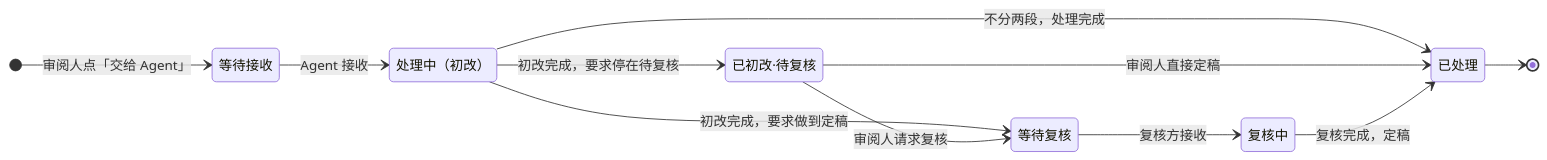
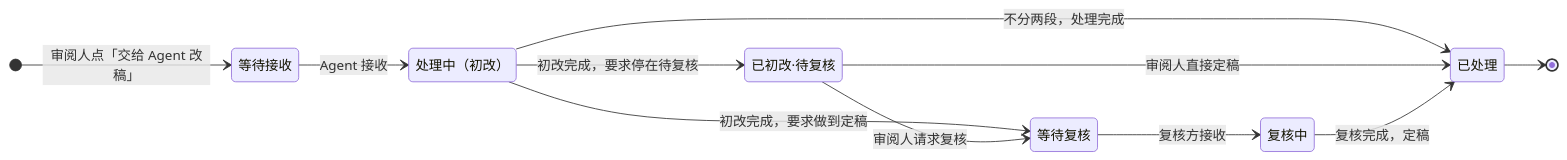
Before and after one commit to hezhongtang/annotation-everything: the third of 4 diagrams in README.md, drawn with Mermaid. The commit also changed other lines of this file and 45 other files, not shown here.

````diff
--- a/README.md
+++ b/README.md
@@ -204,21 +230,21 @@
 ```mermaid
 stateDiagram-v2
     direction LR
     state "等待接收" as pending
     state "处理中（初改）" as claimed
     state "已初改·待复核" as drafted
     state "等待复核" as review
     state "复核中" as reviewing
     state "已处理" as done
 
-    [*] --> pending: 审阅人点「交给 Agent」
+    [*] --> pending: 审阅人点「交给 Agent 改稿」
     pending --> claimed: Agent 接收
     claimed --> done: 不分两段，处理完成
     claimed --> drafted: 初改完成，要求停在待复核
     claimed --> review: 初改完成，要求做到定稿
     drafted --> review: 审阅人请求复核
     drafted --> done: 审阅人直接定稿
     review --> reviewing: 复核方接收
     reviewing --> done: 复核完成，定稿
     done --> [*]
 ```
````
